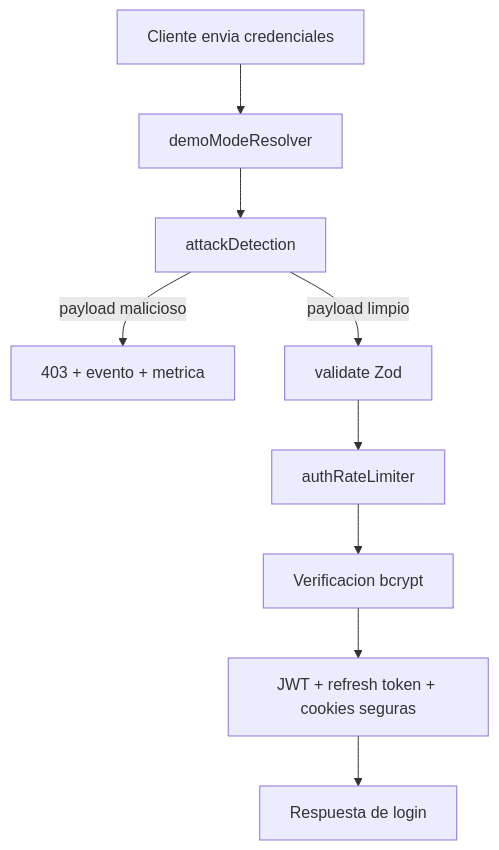
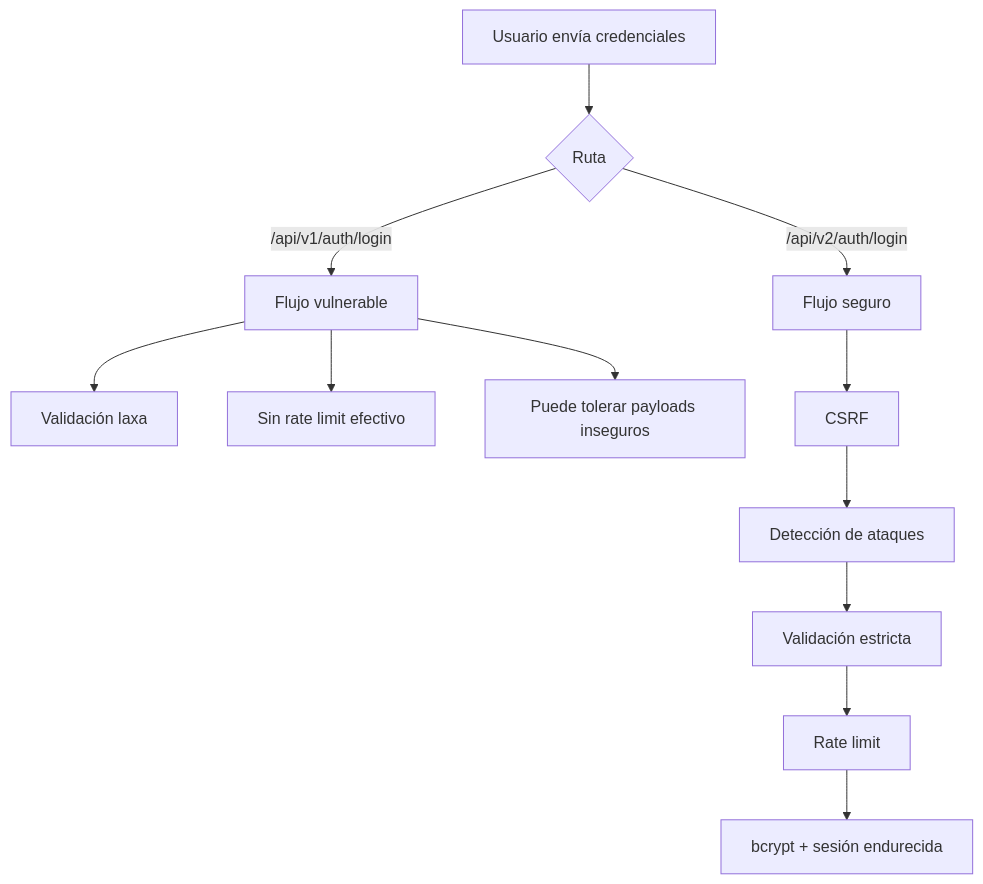
Before and after one commit to ewsophie333-lgtm/sofia-solutions: the diagram in sofia-backend/SECURE-LOGIN-EXPLAINED.md, drawn with Mermaid. The commit also changed other lines of this file and 34 other files, not shown here.

````diff
--- a/sofia-backend/SECURE-LOGIN-EXPLAINED.md
+++ b/sofia-backend/SECURE-LOGIN-EXPLAINED.md
@@ -9,11 +28,14 @@
 ```mermaid
 flowchart TD
-    A[Cliente envia credenciales] --> B[demoModeResolver]
-    B --> C[attackDetection]
-    C -->|payload malicioso| D[403 + evento + metrica]
-    C -->|payload limpio| E[validate Zod]
-    E --> F[authRateLimiter]
-    F --> G[Verificacion bcrypt]
-    G --> H[JWT + refresh token + cookies seguras]
-    H --> I[Respuesta de login]
+    A[Usuario envía credenciales] --> B{Ruta}
+    B -->|/api/v1/auth/login| C[Flujo vulnerable]
+    B -->|/api/v2/auth/login| D[Flujo seguro]
+    C --> E[Validación laxa]
+    C --> F[Sin rate limit efectivo]
+    C --> G[Puede tolerar payloads inseguros]
+    D --> H[CSRF]
+    H --> I[Detección de ataques]
+    I --> J[Validación estricta]
+    J --> K[Rate limit]
+    K --> L[bcrypt + sesión endurecida]
 ```
````
